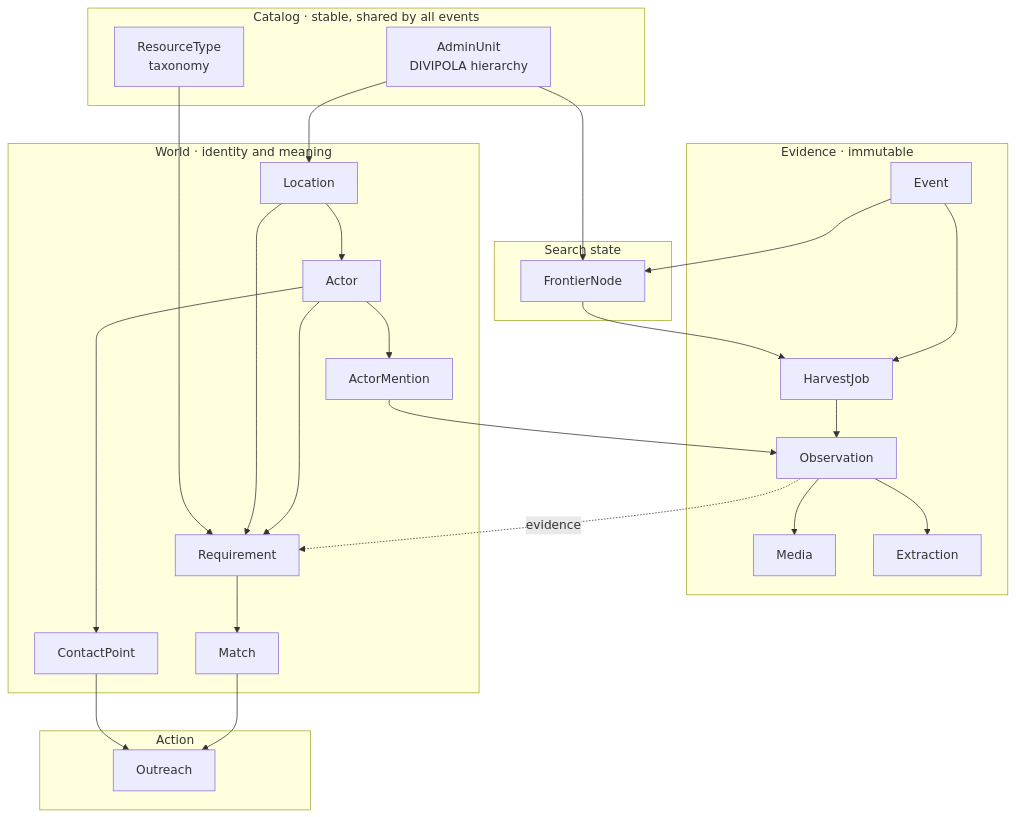
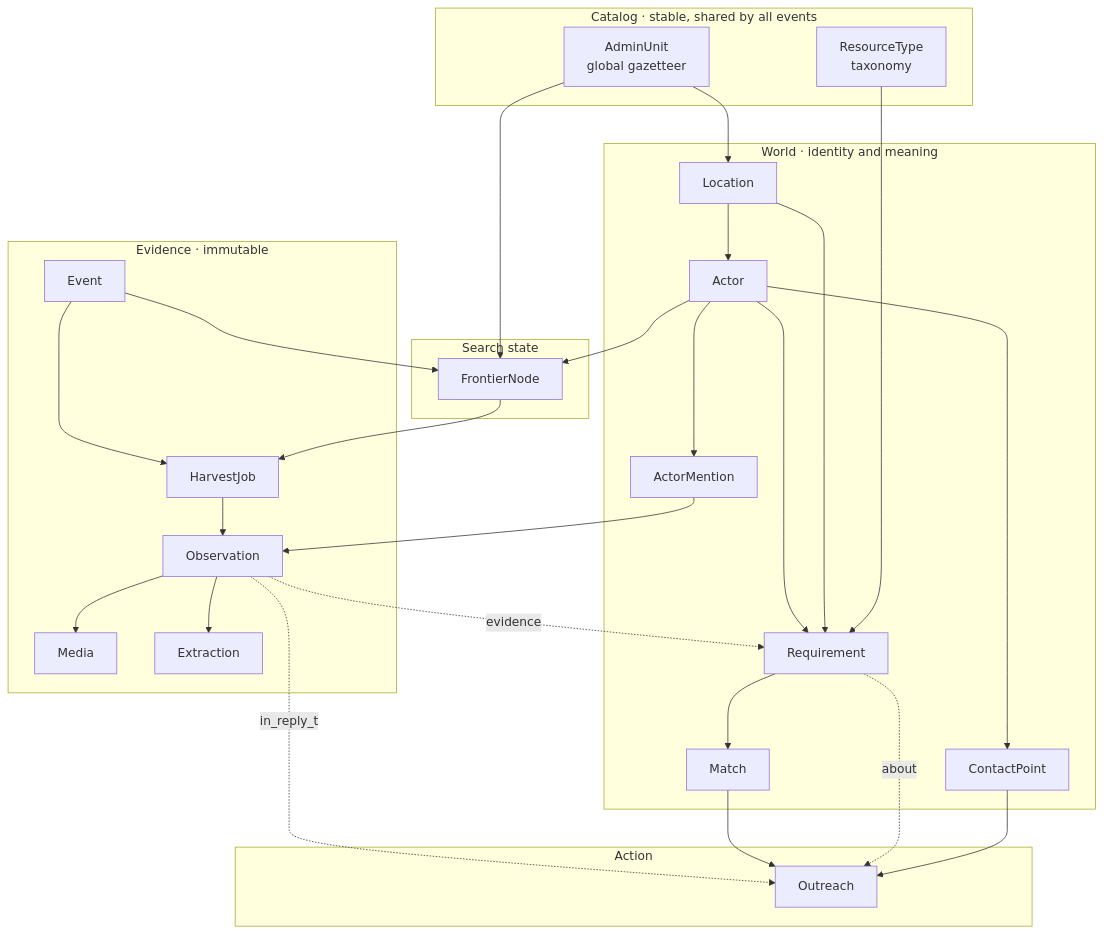
One commit to djimenezm2/back-hackaton-CTW-2026 changed the diagram in docs/data-model.md. Above: the diagram before and after it, drawn with Mermaid. The commit also changed other lines of this file and 15 other files, not shown here.

````diff
--- a/docs/data-model.md
+++ b/docs/data-model.md
@@ -31,50 +46,53 @@
 ```mermaid
 graph TD
     subgraph catalog["Catalog · stable, shared by all events"]
-        AU[AdminUnit<br/>DIVIPOLA hierarchy]
+        AU[AdminUnit<br/>global gazetteer]
         RT[ResourceType<br/>taxonomy]
     end
 
     subgraph evidence["Evidence · immutable"]
         EV[Event]
         HJ[HarvestJob]
         OB[Observation]
         ME[Media]
         EX[Extraction]
     end
 
     subgraph world["World · identity and meaning"]
         AC[Actor]
         AM[ActorMention]
         CP[ContactPoint]
         LO[Location]
         RQ[Requirement]
         MA[Match]
     end
 
     subgraph action["Action"]
         OU[Outreach]
     end
 
     subgraph search["Search state"]
         FN[FrontierNode]
     end
 
     EV --> HJ --> OB --> EX
     OB --> ME
     OB -.evidence.-> RQ
+    OB -.in_reply_to.-> OU
     AC --> RQ
     AC --> CP
     AC --> AM
     AM --> OB
     LO --> RQ
     LO --> AC
     AU --> LO
     AU --> FN
+    AC --> FN
     RT --> RQ
     RQ --> MA
     MA --> OU
+    RQ -.about.-> OU
     CP --> OU
     EV --> FN
     FN --> HJ
 ```
````
